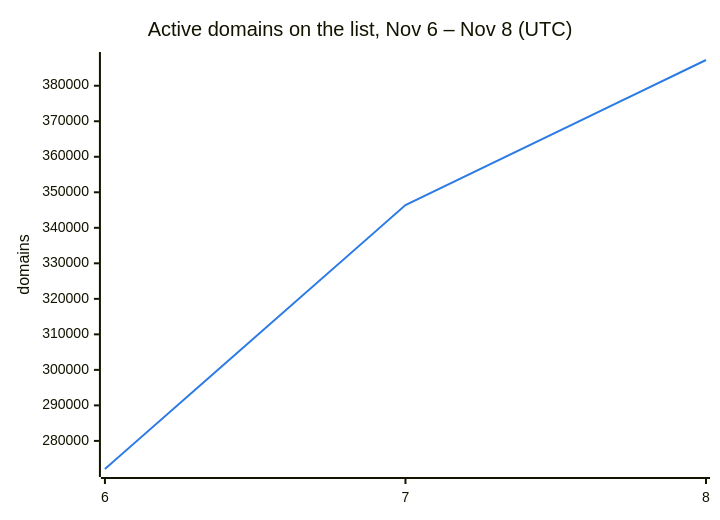
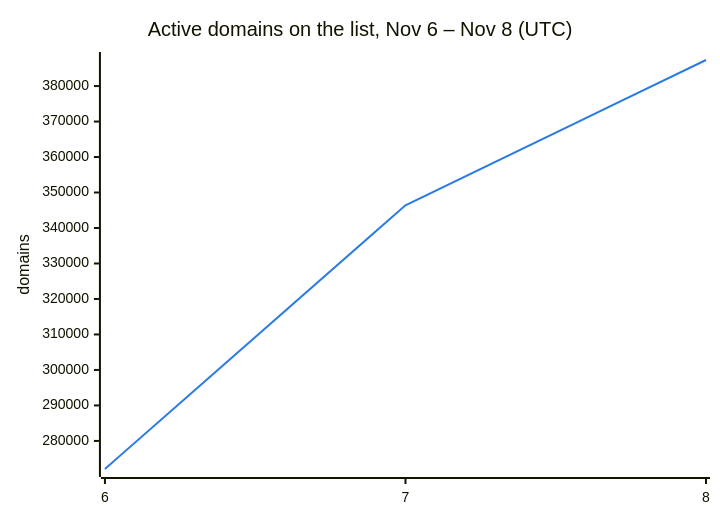
Before and after one commit to DNSBunker/CTI: the second of 3 diagrams in README.md, drawn with Mermaid. The commit also changed other lines of this file and 3 other files, not shown here.

````diff
--- a/README.md
+++ b/README.md
@@ -38,8 +38,8 @@
 ```mermaid
 %%{init: {"themeVariables": {"xyChart": {"plotColorPalette": "#2c7be5"}}}}%%
 xychart-beta
     title "Active domains on the list, Nov 6 – Nov 8 (UTC)"
     x-axis ["6", "7", "8"]
     y-axis "domains"
-    line [272088, 346388, 387248]
+    line [272088, 346388, 387340]
 ```
````
